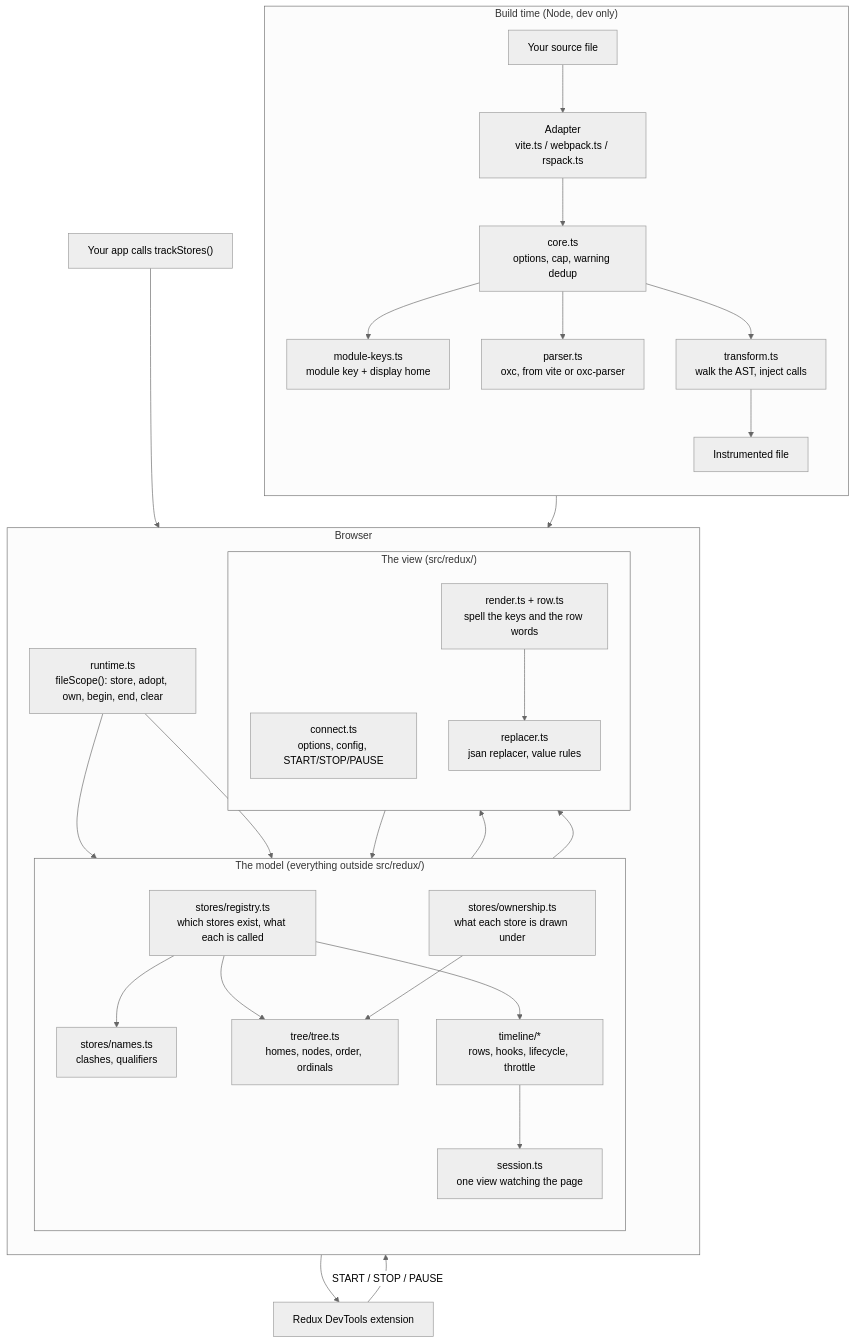
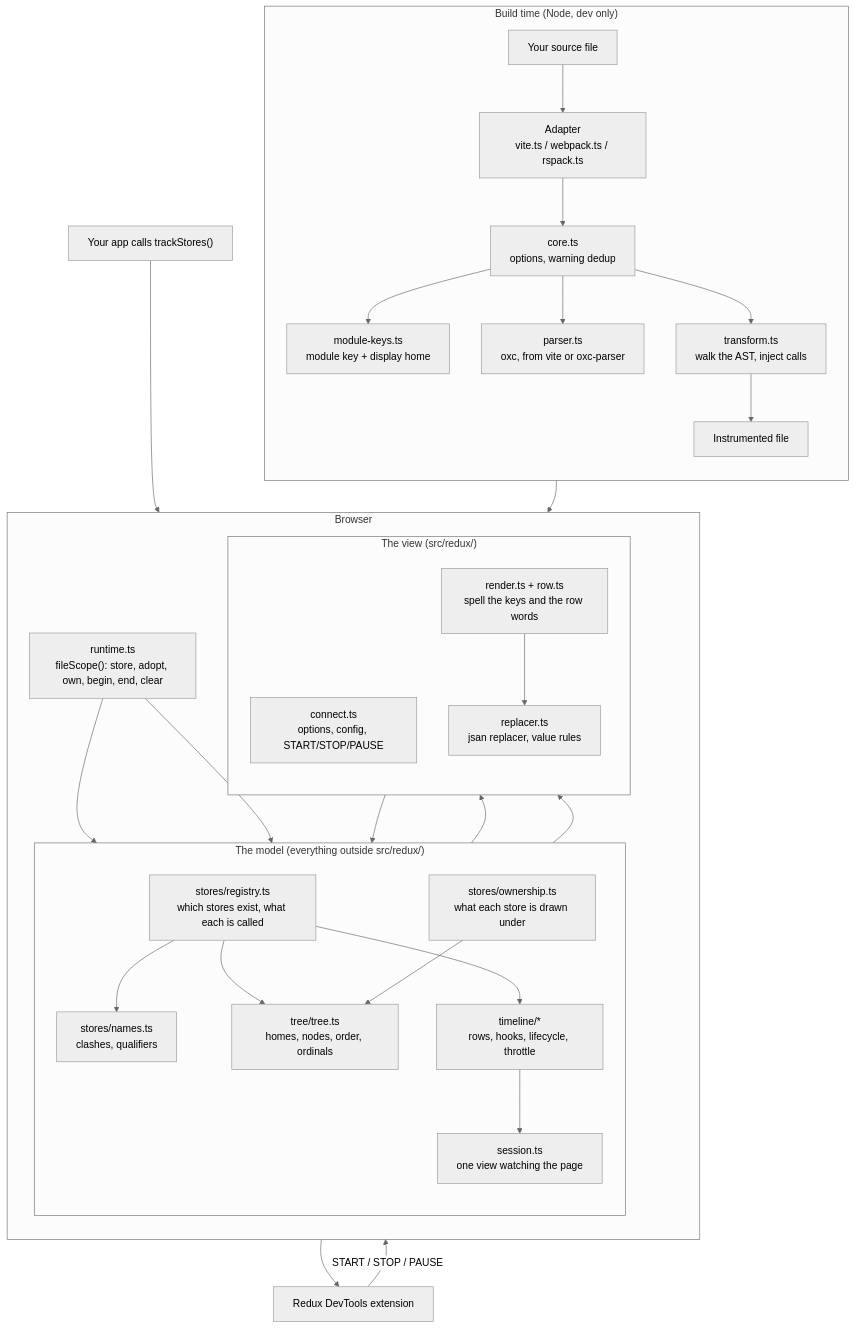
Before and after one commit to psd-coder/nanostores-devtools: the first of 3 diagrams in docs/architecture.md, drawn with Mermaid (neutral theme). The commit also changed other lines of this file and 17 other files, not shown here.

````diff
--- a/docs/architecture.md
+++ b/docs/architecture.md
@@ -35,56 +35,56 @@
 ```mermaid
 flowchart TB
   subgraph build["Build time (Node, dev only)"]
     direction TB
     src["Your source file"]
     adapter["Adapter<br/>vite.ts / webpack.ts / rspack.ts"]
-    core["core.ts<br/>options, cap, warning dedup"]
+    core["core.ts<br/>options, warning dedup"]
     keys["module-keys.ts<br/>module key + display home"]
     parser["parser.ts<br/>oxc, from vite or oxc-parser"]
     transform["transform.ts<br/>walk the AST, inject calls"]
     out["Instrumented file"]
 
     src --> adapter --> core
     core --> keys
     core --> parser
     core --> transform --> out
   end
 
   subgraph browser["Browser"]
     direction TB
     runtime["runtime.ts<br/>fileScope(): store, adopt, own, begin, end, clear"]
 
     subgraph model["The model (everything outside src/redux/)"]
       direction TB
       registry["stores/registry.ts<br/>which stores exist, what each is called"]
       names["stores/names.ts<br/>clashes, qualifiers"]
       ownership["stores/ownership.ts<br/>what each store is drawn under"]
       tree["tree/tree.ts<br/>homes, nodes, order, ordinals"]
       timeline["timeline/*<br/>rows, hooks, lifecycle, throttle"]
       session["session.ts<br/>one view watching the page"]
     end
 
     subgraph view["The view (src/redux/)"]
       direction TB
       connect["connect.ts<br/>options, config, START/STOP/PAUSE"]
       render["render.ts + row.ts<br/>spell the keys and the row words"]
       replacer["replacer.ts<br/>jsan replacer, value rules"]
     end
   end
 
   ext["Redux DevTools extension"]
   app["Your app calls trackStores()"]
 
   out --> runtime
   runtime --> registry
   runtime --> ownership
   app --> registry
   registry --> names
   registry --> tree
   ownership --> tree
   registry --> timeline
   tree --> render
   timeline --> session --> render --> replacer --> ext
   ext -- "START / STOP / PAUSE" --> connect
   connect --> session
 ```
````
